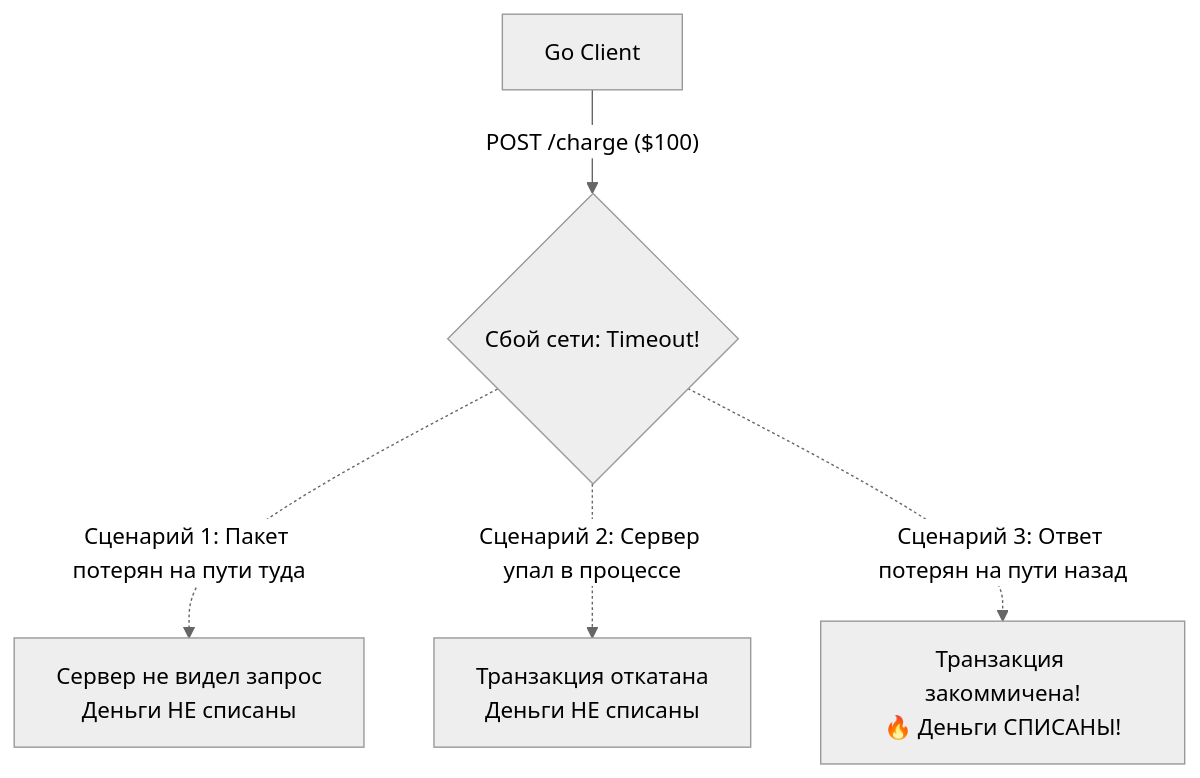
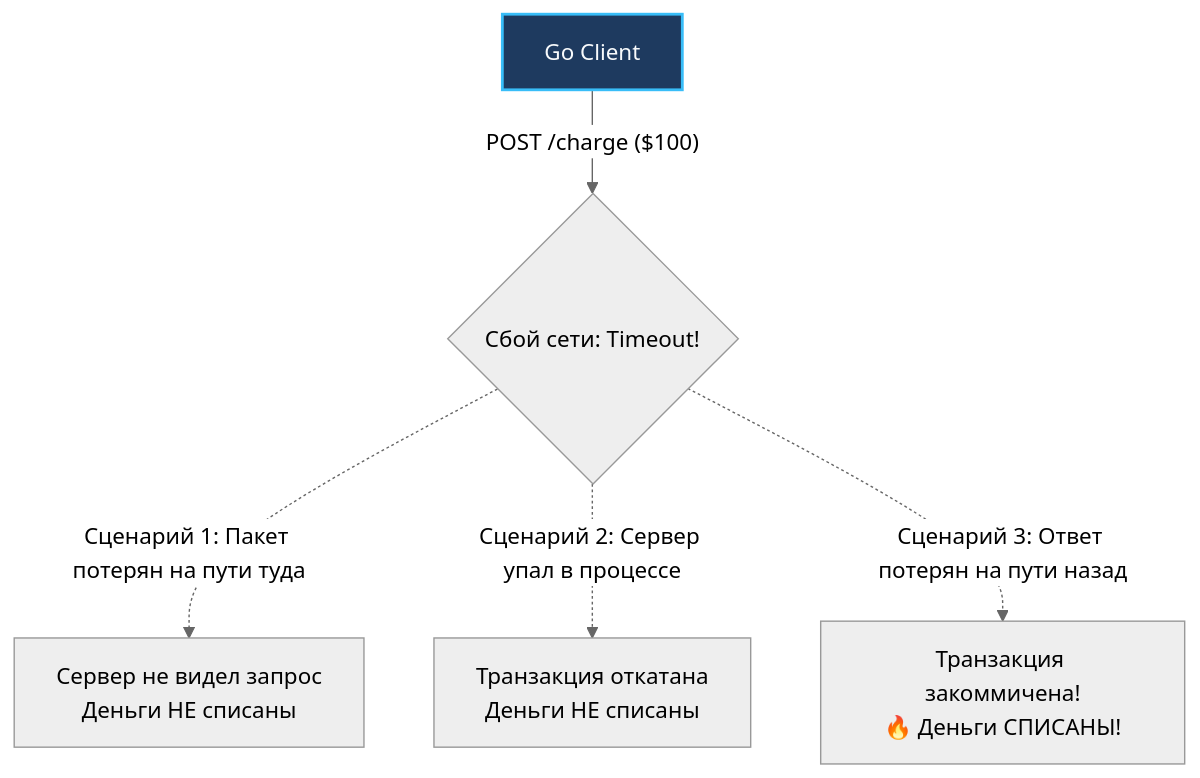
One commit to UnrealTemplier/go-textbook changed the third of 4 diagrams in sources/14. Распределенные системы на Go/01. Основы/4. Partial failure.md. Above: the diagram before and after it, drawn with Mermaid (neutral theme). The commit also changed other lines of this file and 1666 other files, not shown here.

First line of the commit message:
feat(mermaid): add semantic color classDef to 1369 colorless flowchart/graph diagrams

````diff
--- a/sources/14. Распределенные системы на Go/01. Основы/4. Partial failure.md
+++ b/sources/14. Распределенные системы на Go/01. Основы/4. Partial failure.md
@@ -129,8 +139,18 @@
 ```mermaid
 flowchart TD
-    Client["Go Client"] -->|"POST /charge ($100)"| Network{"Сбой сети: Timeout!"}
+    classDef process  fill:#1e293b,stroke:#38bdf8,stroke-width:1px,color:#f8fafc
+    classDef success  fill:#064e3b,stroke:#34d399,stroke-width:1px,color:#f8fafc
+    classDef error    fill:#7f1d1d,stroke:#f87171,stroke-width:1px,color:#f8fafc
+    classDef warning  fill:#78350f,stroke:#fbbf24,stroke-width:1px,color:#f8fafc
+    classDef entry    fill:#1e3a5f,stroke:#38bdf8,stroke-width:2px,color:#f8fafc
+    classDef aux      fill:#334155,stroke:#64748b,stroke-width:1px,color:#f8fafc
+    classDef system   fill:#312e81,stroke:#a78bfa,stroke-width:1px,color:#f8fafc
+    classDef data     fill:#132d29,stroke:#2dd4bf,stroke-width:1px,color:#f8fafc
+    classDef network  fill:#881337,stroke:#fb7185,stroke-width:1px,color:#f8fafc
+    classDef accent   fill:#1e1b4b,stroke:#818cf8,stroke-width:1px,color:#f8fafc
+    Client["Go Client"]:::entry -->|"POST /charge ($100)"| Network{"Сбой сети: Timeout!"}
     
     Network -.->|Сценарий 1: Пакет потерян на пути туда| S1["Сервер не видел запрос<br>Деньги НЕ списаны"]
     Network -.->|Сценарий 2: Сервер упал в процессе| S2["Транзакция откатана<br>Деньги НЕ списаны"]
     Network -.->|Сценарий 3: Ответ потерян на пути назад| S3["Транзакция закоммичена!<br>🔥 Деньги СПИСАНЫ!"]
 ```
````
